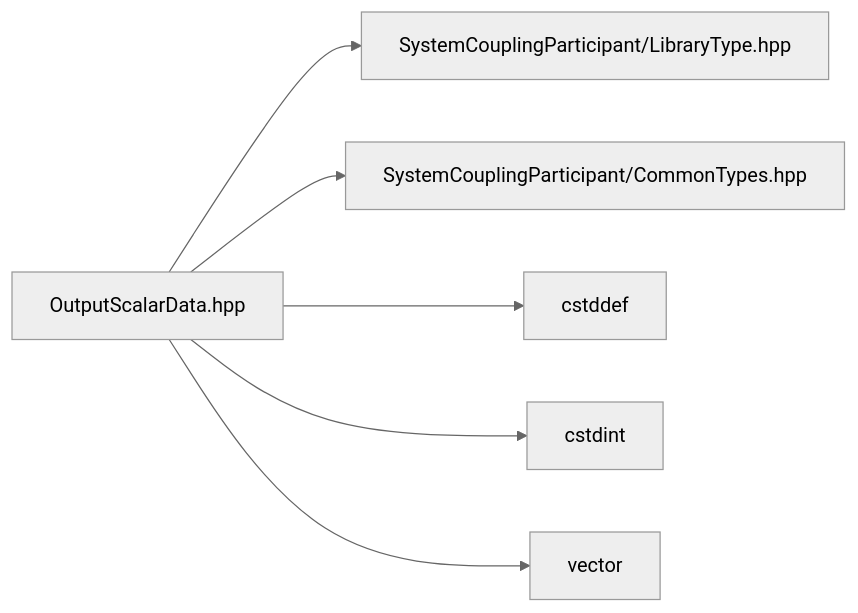
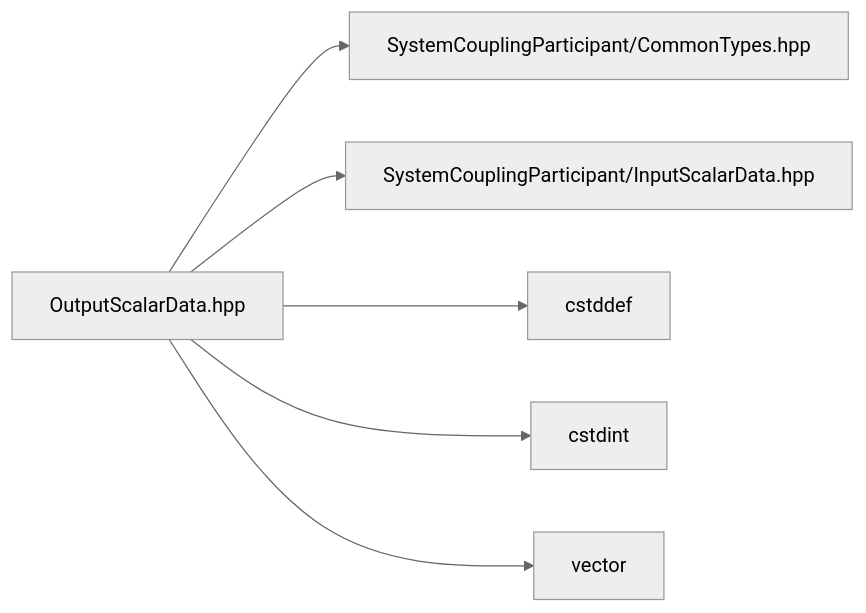
Before and after one commit to ansys/DevRelDocs: the diagram in 2026R1/system-coupling-26-r1/articles/cpp-reference/OutputScalarData_8hpp.md, drawn with Mermaid (neutral theme). The commit also changed other lines of this file and 377 other files, not shown here.

````diff
--- a/2026R1/system-coupling-26-r1/articles/cpp-reference/OutputScalarData_8hpp.md
+++ b/2026R1/system-coupling-26-r1/articles/cpp-reference/OutputScalarData_8hpp.md
@@ -27,21 +28,21 @@
 ```mermaid
 graph LR
-5["cstdint"]
-
-3["SystemCouplingParticipant/CommonTypes.hpp"]
-
 1["OutputScalarData.hpp"]
 click 1 "OutputScalarData_8hpp.md#OutputScalarData_8hpp"
 1 --> 2
 1 --> 3
 1 --> 4
 1 --> 5
 1 --> 6
 
-6["vector"]
+2["SystemCouplingParticipant/CommonTypes.hpp"]
 
-2["SystemCouplingParticipant/LibraryType.hpp"]
+3["SystemCouplingParticipant/InputScalarData.hpp"]
 
 4["cstddef"]
 
+5["cstdint"]
+
+6["vector"]
+
 ```
````
